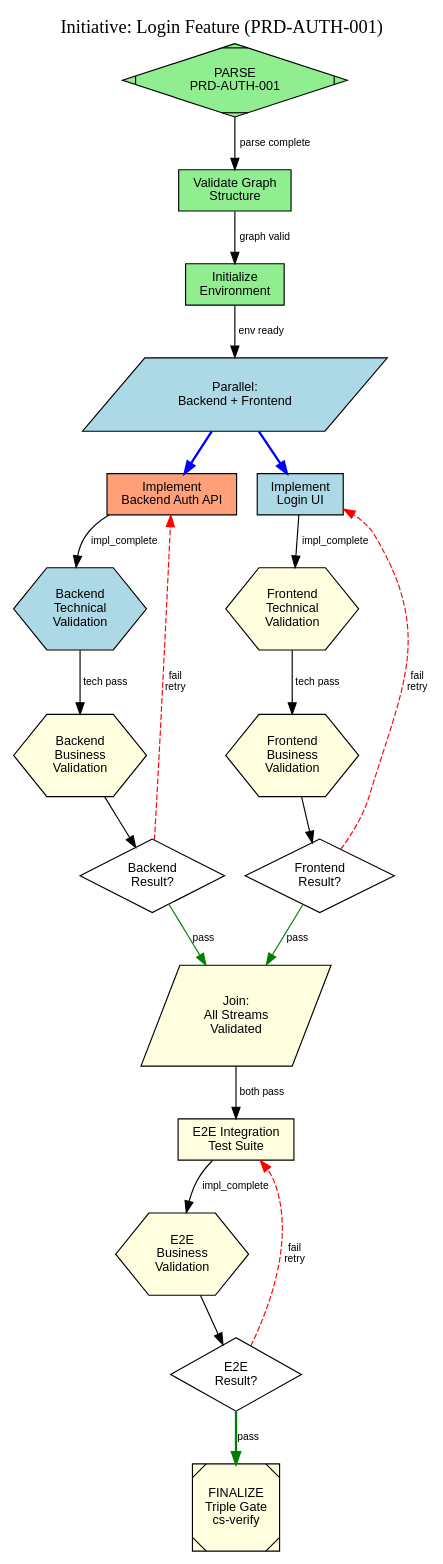
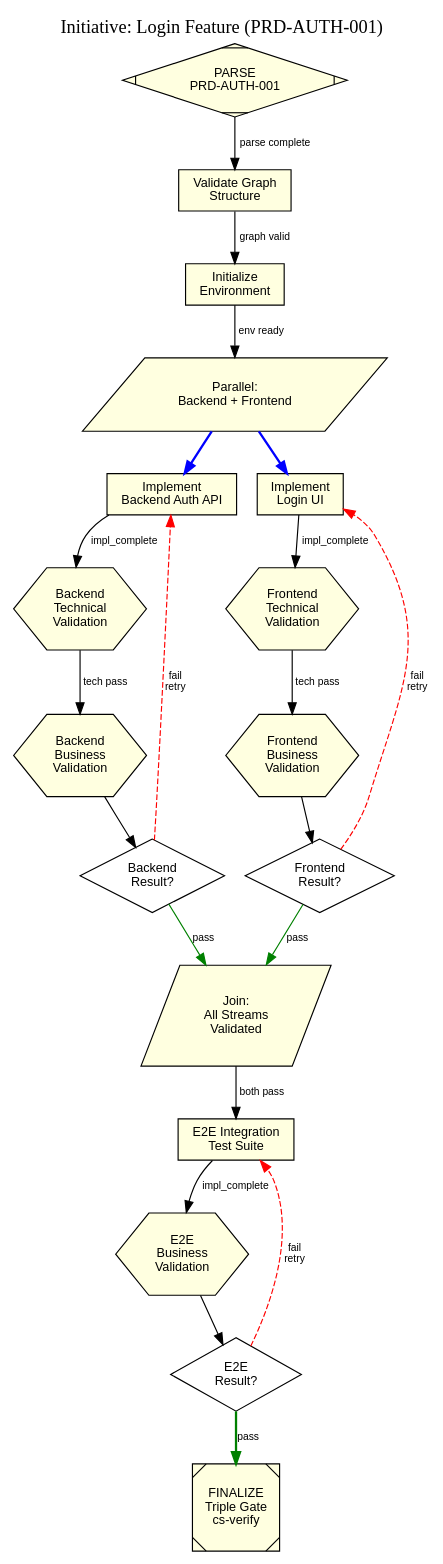
Before and after one commit to bjornslib/claude-code-harness: the diagram in .claude/attractor/examples/full-initiative.dot, drawn with Graphviz. The commit also changed 4 other files, not shown here.

```diff
--- a/.claude/attractor/examples/full-initiative.dot
+++ b/.claude/attractor/examples/full-initiative.dot
@@ -31,9 +31,9 @@
         shape=Mdiamond
         label="PARSE\nPRD-AUTH-001"
         handler="start"
-        status="validated"
+        status="pending"
         style=filled
-        fillcolor=lightgreen
+        fillcolor=lightyellow
     ];
 
     // =========================================================================
@@ -46,9 +46,9 @@
         label="Validate Graph\nStructure"
         handler="tool"
         command="attractor validate pipeline.dot"
-        status="validated"
+        status="pending"
         style=filled
-        fillcolor=lightgreen
+        fillcolor=lightyellow
     ];
 
     start -> validate_graph [label="parse complete"];
@@ -63,9 +63,9 @@
         label="Initialize\nEnvironment"
         handler="tool"
         command="launchorchestrator login-feature"
-        status="validated"
+        status="pending"
         style=filled
-        fillcolor=lightgreen
+        fillcolor=lightyellow
     ];
 
     validate_graph -> init_env [label="graph valid"];
@@ -80,9 +80,9 @@
         shape=parallelogram
         label="Parallel:\nBackend + Frontend"
         handler="parallel"
-        status="active"
+        status="pending"
         style=filled
-        fillcolor=lightblue
+        fillcolor=lightyellow
     ];
 
     init_env -> parallel_start [label="env ready"];
@@ -99,9 +99,9 @@
         promise_ac="AC-1"
         prd_ref="PRD-AUTH-001"
         files="src/auth/routes.py,src/auth/jwt.py,src/auth/models.py"
-        status="impl_complete"
+        status="pending"
         style=filled
-        fillcolor=lightsalmon
+        fillcolor=lightyellow
     ];
 
     parallel_start -> impl_backend [color=blue style=bold];
@@ -115,9 +115,9 @@
         mode="technical"
         bead_id="AT-10-TECH"
         promise_ac="AC-1"
-        status="active"
+        status="pending"
         style=filled
-        fillcolor="lightblue"
+        fillcolor=lightyellow
     ];
 
     impl_backend -> validate_backend_tech [label="impl_complete"];
@@ -159,9 +159,9 @@
         promise_ac="AC-2"
         prd_ref="PRD-AUTH-001"
         files="src/app/login/page.tsx,src/components/LoginForm.tsx,src/stores/authSlice.ts"
-        status="active"
+        status="pending"
         style=filled
-        fillcolor=lightblue
+        fillcolor=lightyellow
     ];
 
     parallel_start -> impl_frontend [color=blue style=bold];
```
